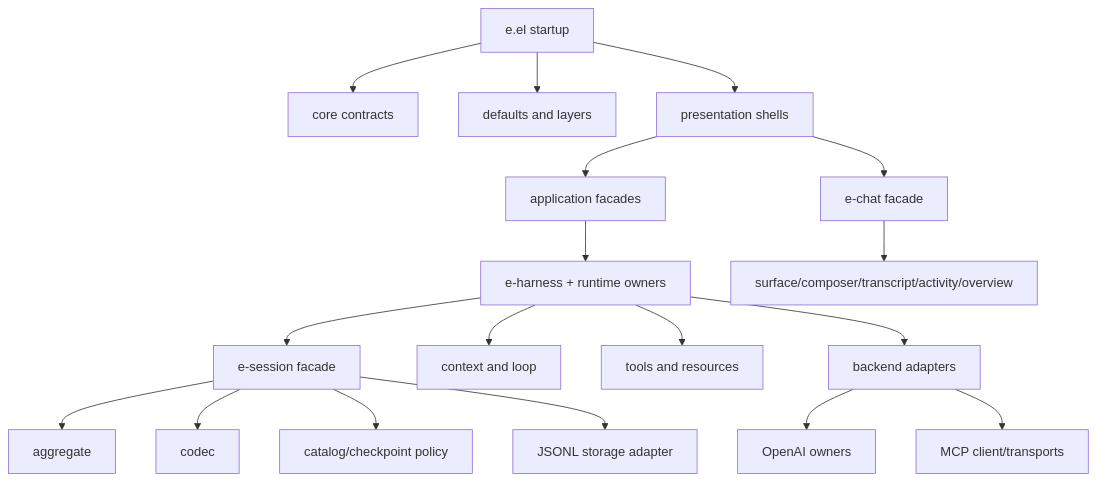
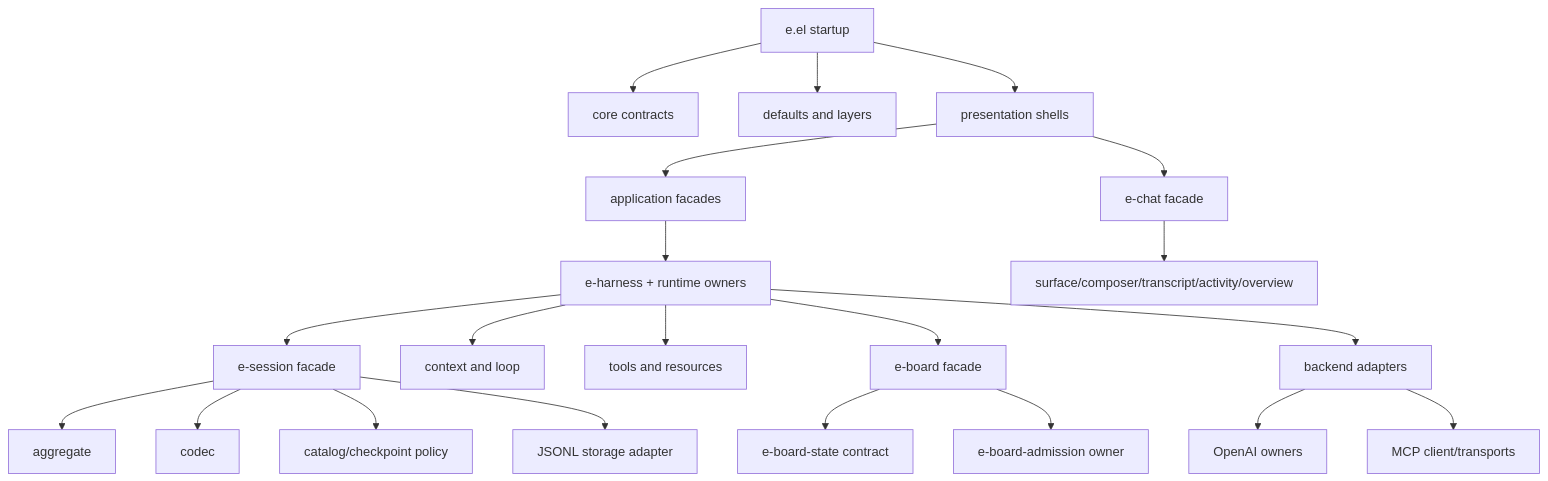
Before and after one commit to alendit/e: the first of 2 diagrams in docs/architecture.md, drawn with Mermaid. The commit also changed other lines of this file and 13 other files, not shown here.

Commit message:
refactor: extract board admission owner

````diff
--- a/docs/architecture.md
+++ b/docs/architecture.md
@@ -52,20 +52,23 @@
 ```mermaid
 flowchart TD
     Entry["e.el startup"] --> Core["core contracts"]
     Entry --> Defaults["defaults and layers"]
     Entry --> Shells["presentation shells"]
     Shells --> Facades["application facades"]
     Facades --> H["e-harness + runtime owners"]
     H --> S["e-session facade"]
     S --> SA["aggregate"]
     S --> SC["codec"]
     S --> SCat["catalog/checkpoint policy"]
     S --> SS["JSONL storage adapter"]
     H --> Ctx["context and loop"]
     H --> Tools["tools and resources"]
+    H --> Board["e-board facade"]
+    Board --> BoardState["e-board-state contract"]
+    Board --> BoardAdmission["e-board-admission owner"]
     H --> Backends["backend adapters"]
     Backends --> OpenAI["OpenAI owners"]
     Backends --> MCP["MCP client/transports"]
     Shells --> Chat["e-chat facade"]
     Chat --> Presentation["surface/composer/transcript/activity/overview"]
 ```
````
